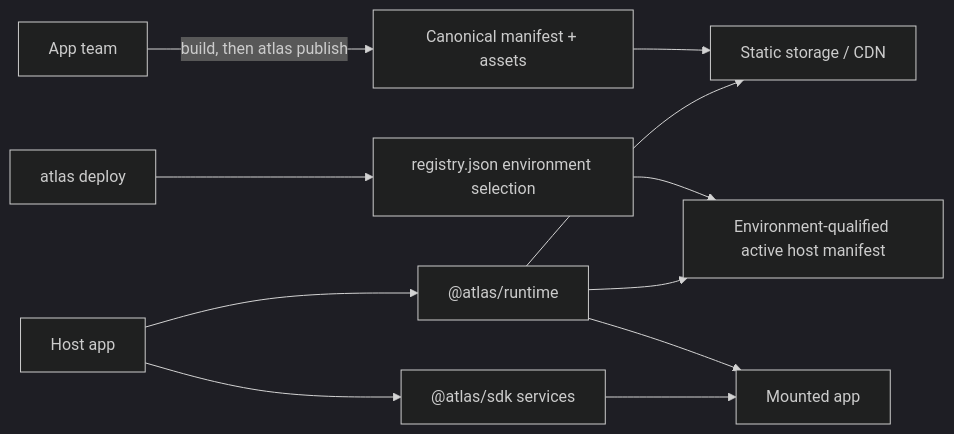
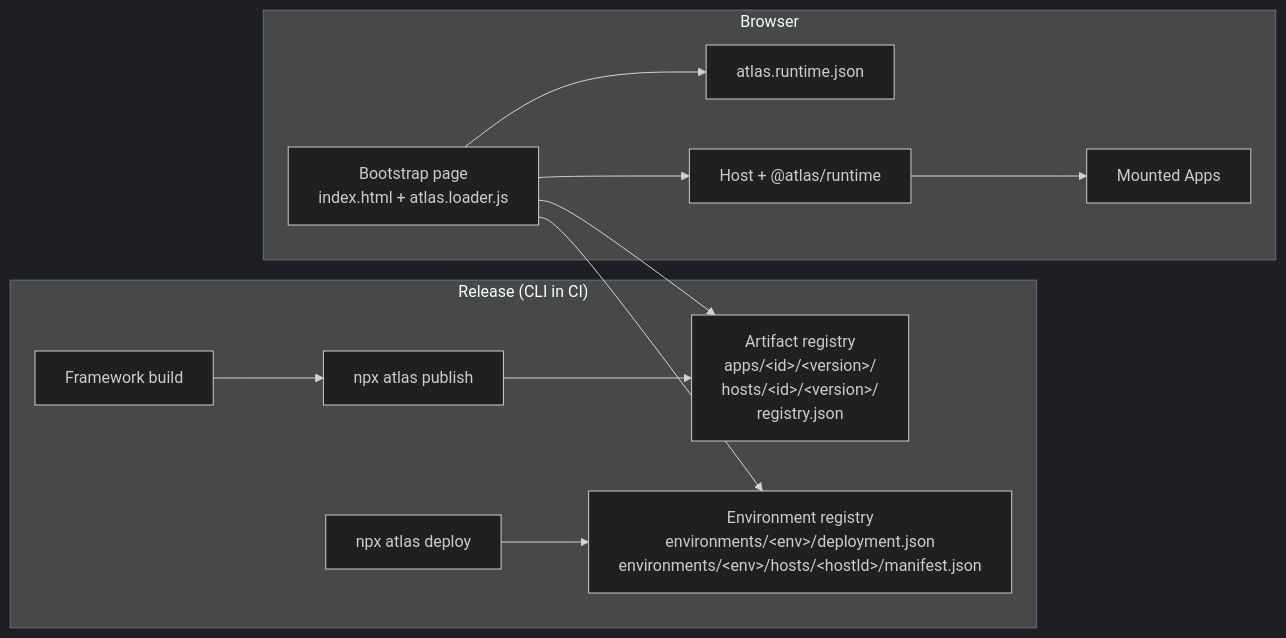
The diagram in docs/introduction/overview.md (bendaj11/atlas), drawn with Mermaid (dark theme) before and after one commit. The commit also changed other lines of this file and 81 other files, not shown here.

````diff
--- a/docs/introduction/overview.md
+++ b/docs/introduction/overview.md
@@ -28,13 +44,15 @@
 ```mermaid
 flowchart LR
-  AppTeam["App team"] -->|"build, then atlas publish"| Artifact["Canonical manifest + assets"]
-  Artifact --> CDN["Static storage / CDN"]
-  Deploy["atlas deploy"] --> Registry["registry.json environment selection"]
-  Registry --> Active["Environment-qualified active host manifest"]
-  Host["Host app"] --> Runtime["@atlas/runtime"]
-  Runtime --> Active
-  Runtime --> CDN
-  Runtime --> Mounted["Mounted app"]
-  Host --> SDK["@atlas/sdk services"]
-  SDK --> Mounted
+  subgraph Release["Release (CLI in CI)"]
+    Build["Framework build"] --> Publish["npx atlas publish"]
+    Publish --> Artifacts["Artifact registry<br/>apps/&lt;id&gt;/&lt;version&gt;/<br/>hosts/&lt;id&gt;/&lt;version&gt;/<br/>registry.json"]
+    Deploy["npx atlas deploy"] --> EnvState["Environment registry<br/>environments/&lt;env&gt;/deployment.json<br/>environments/&lt;env&gt;/hosts/&lt;hostId&gt;/manifest.json"]
+  end
+  subgraph Browser["Browser"]
+    Page["Bootstrap page<br/>index.html + atlas.loader.js"] --> RuntimeConfig["atlas.runtime.json"]
+    Page --> EnvState
+    Page --> Artifacts
+    Page --> HostApp["Host + @atlas/runtime"]
+    HostApp --> Apps["Mounted Apps"]
+  end
 ```
````
